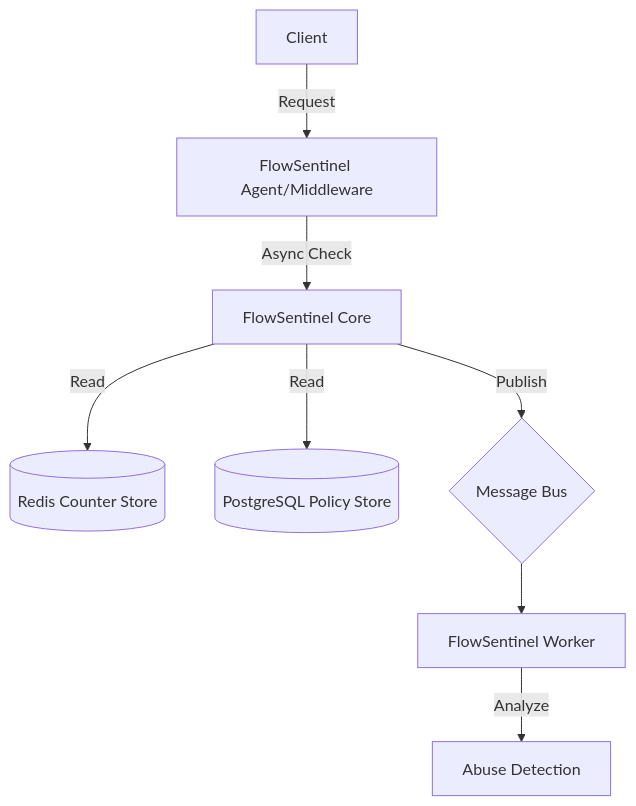
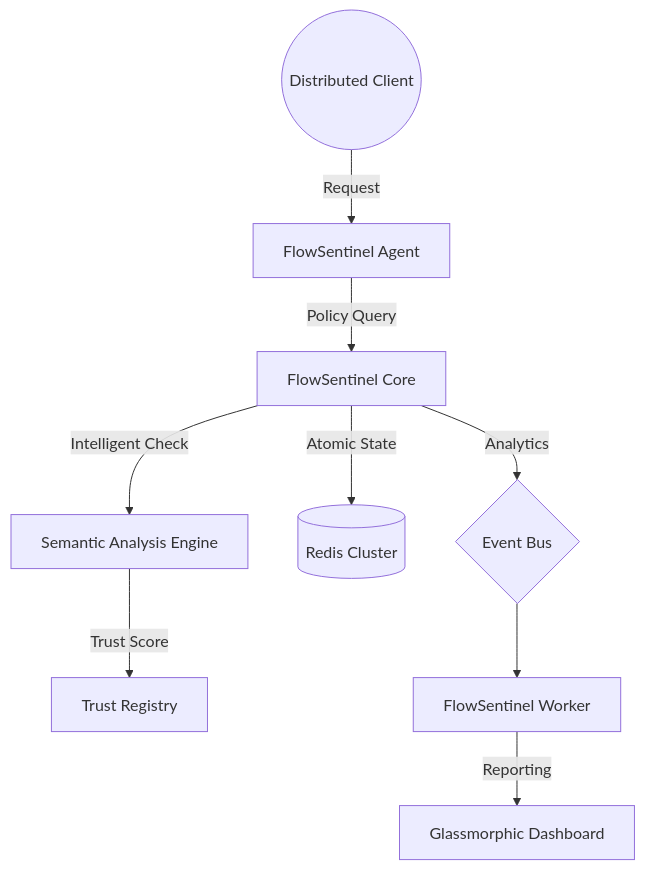
Before and after one commit to Raphasha27/devforge-ai: the diagram in packages/flowsentinel/README.md, drawn with Mermaid. The commit also changed other lines of this file and 1 other file, not shown here.

Commit message:
docs: upgrade FlowSentinel README with AI v2.0 features and premium branding

````diff
--- a/packages/flowsentinel/README.md
+++ b/packages/flowsentinel/README.md
@@ -37,10 +34,11 @@
 ```mermaid
 graph TD
-    Client -->|Request| Agent[FlowSentinel Agent/Middleware]
-    Agent -->|Async Check| Core[FlowSentinel Core]
-    Core -->|Read| Redis[(Redis Counter Store)]
-    Core -->|Read| DB[(PostgreSQL Policy Store)]
-    Core -->|Publish| Bus{Message Bus}
+    Client((Distributed Client)) -->|Request| Agent[FlowSentinel Agent]
+    Agent -->|Policy Query| Core[FlowSentinel Core]
+    Core -->|Intelligent Check| AI[Semantic Analysis Engine]
+    AI -->|Trust Score| Scoring[Trust Registry]
+    Core -->|Atomic State| Redis[(Redis Cluster)]
+    Core -->|Analytics| Bus{Event Bus}
     Bus --> Worker[FlowSentinel Worker]
-    Worker -->|Analyze| Abuse[Abuse Detection]
+    Worker -->|Reporting| Dashboard[Glassmorphic Dashboard]
 ```
````
